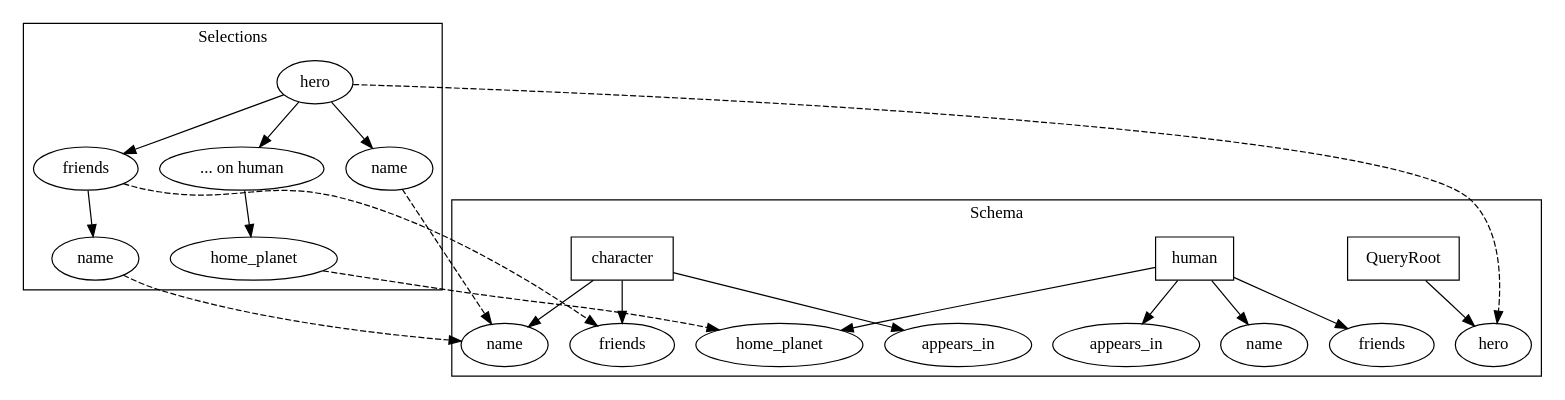
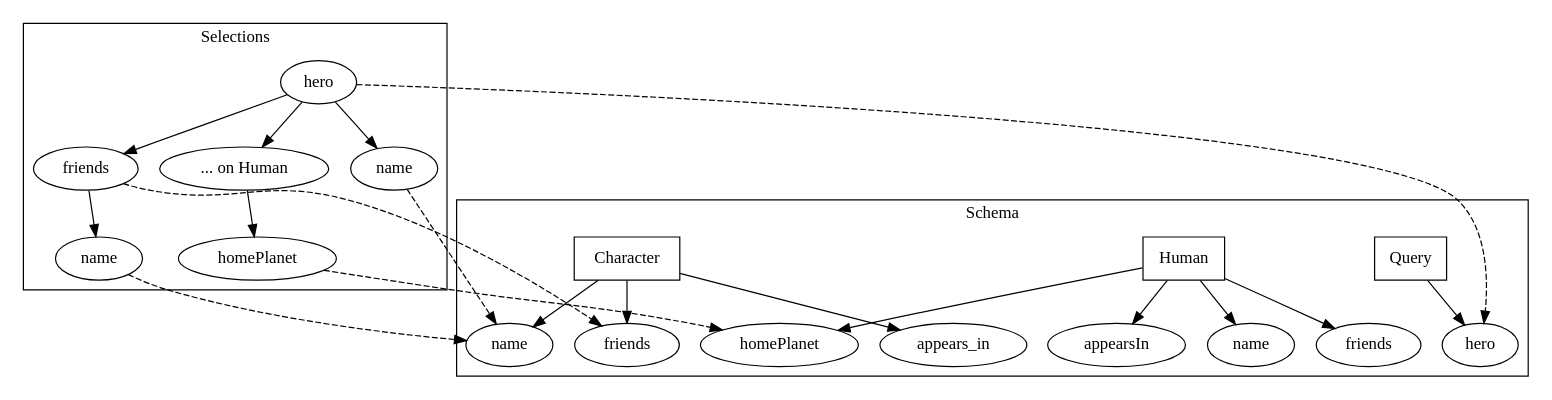
One commit to walmartlabs/lacinia changed the diagram in docs/resolve/selections.rst. Above: the diagram before and after it, drawn with Graphviz. The commit also changed other lines of this file and 32 other files, not shown here.

```diff
--- a/docs/resolve/selections.rst
+++ b/docs/resolve/selections.rst
@@ -23,58 +23,58 @@
 .. graphviz::
 
    digraph {
 
 
     subgraph cluster_query {
 
       label="Selections"
 
       hero
       name
       friends
       fname [label="name"]
-      humanfrag[label="... on human"]
-      planet[label="home_planet"]
+      humanfrag[label="... on Human"]
+      planet[label="homePlanet"]
 
       hero -> {name; humanfrag, friends}
       friends -> fname
       humanfrag -> planet
     }
 
     subgraph cluster_schema {
 
       label="Schema"
 
       node[shape=rectangle]
-      sqr [label="QueryRoot"]
-      shuman [label="human"]
+      sqr [label="Query"]
+      shuman [label="Human"]
 
-      schar [label="character"]
+      schar [label="Character"]
 
       node[shape=ellipse]
       shero [label="hero"]
 
       sfriends [label="friends"]
       sappears_in [label="appears_in"]
 
       sname [label="name"]
       shriends [label="friends"]
-      shappears_in [label="appears_in"]
+      shappears_in [label="appearsIn"]
       shname[label="name"]
-      splanet [label="home_planet"]
+      splanet [label="homePlanet"]
 
       sqr -> shero
       schar -> { sname, sfriends, sappears_in}
       shuman -> { shname, shriends, shappears_in, splanet }
 
     }
 
       edge[style=dashed]
 
       name -> sname
       hero -> shero
       planet -> splanet
       friends -> sfriends
       fname -> sname
 
    }
```
